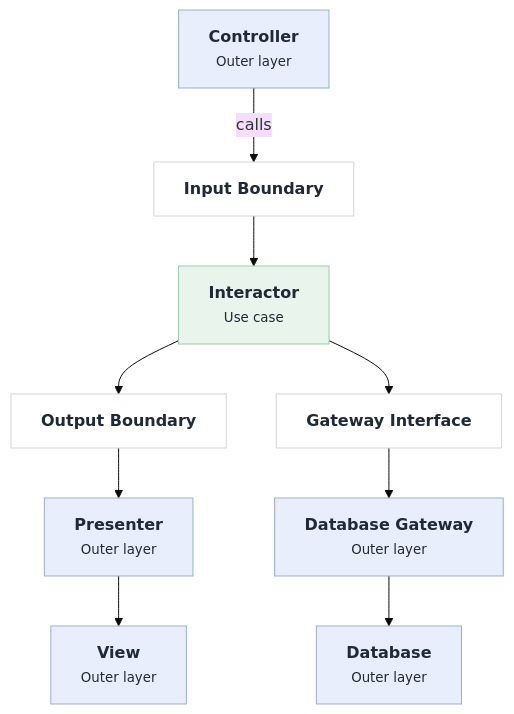
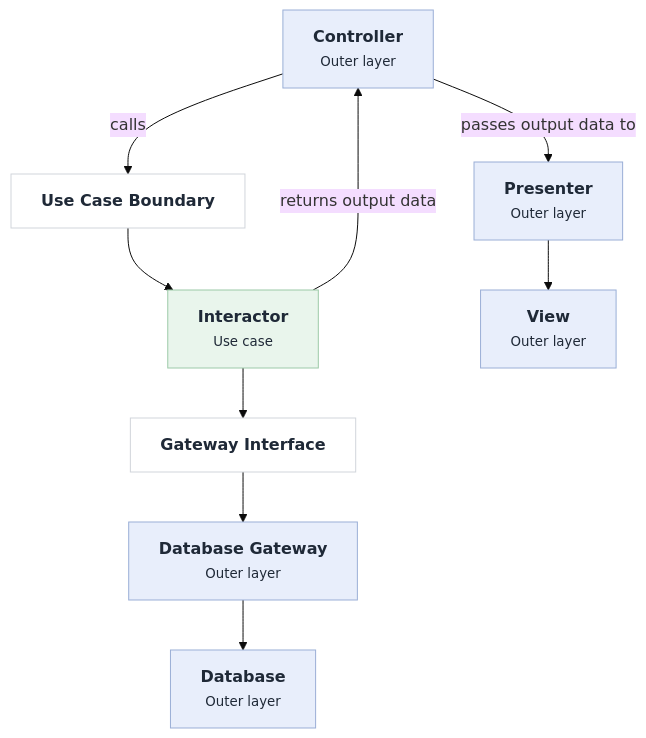
One commit to lamhq/cheat-sheet changed the diagram in docs/se/architecture/clean-architecture/use-cases.mdx. Above: the diagram before and after it, drawn with Mermaid (base theme). The commit also changed other lines of this file and 3 other files, not shown here.

Commit message:
Add Use Case boundary

````diff
--- a/docs/se/architecture/clean-architecture/use-cases.mdx
+++ b/docs/se/architecture/clean-architecture/use-cases.mdx
@@ -168,29 +140,28 @@
 ```mermaid
 flowchart TD
     Controller["<b>Controller</b><br/><small>Outer layer</small>"]
-    InputBoundary["<b>Input Boundary</b>"]
+    UseCase["<b>Use Case Boundary</b>"]
     Interactor["<b>Interactor</b><br/><small>Use case</small>"]
-    OutputBoundary["<b>Output Boundary</b>"]
     GatewayInterface["<b>Gateway Interface</b>"]
     Presenter["<b>Presenter</b><br/><small>Outer layer</small>"]
     DatabaseGateway["<b>Database Gateway</b><br/><small>Outer layer</small>"]
     View["<b>View</b><br/><small>Outer layer</small>"]
     Database["<b>Database</b><br/><small>Outer layer</small>"]
 
-    Controller -- calls --> InputBoundary
-    InputBoundary --> Interactor
-    Interactor --> OutputBoundary
+    Controller -- calls --> UseCase
+    UseCase --> Interactor
+    Interactor -- returns output data --> Controller
+    Controller -- passes output data to --> Presenter
     Interactor --> GatewayInterface
-    OutputBoundary --> Presenter
     Presenter --> View
     GatewayInterface --> DatabaseGateway
     DatabaseGateway --> Database
 
     classDef outer fill:#E8EEFB,stroke:#9AAED6,color:#1F2937
     classDef usecase fill:#E9F5EC,stroke:#9CC9A8,color:#1F2937
     classDef boundary fill:#FFFFFF,stroke:#D1D5DB,color:#1F2937
 
     class Controller,Presenter,View,DatabaseGateway,Database outer
     class Interactor usecase
-    class InputBoundary,OutputBoundary,GatewayInterface boundary
+    class UseCase,GatewayInterface boundary
 ```
````
